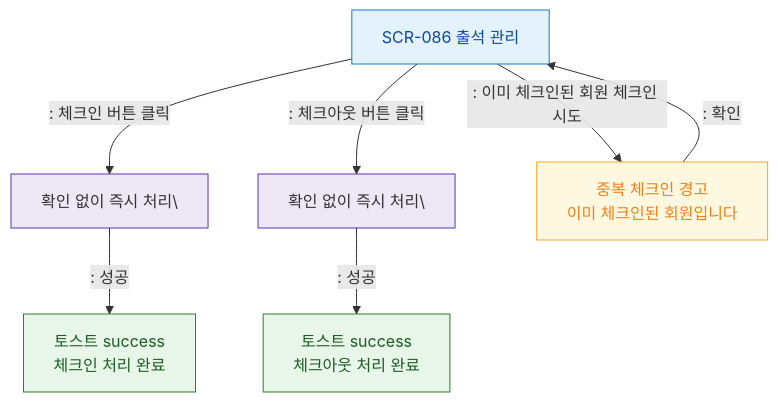
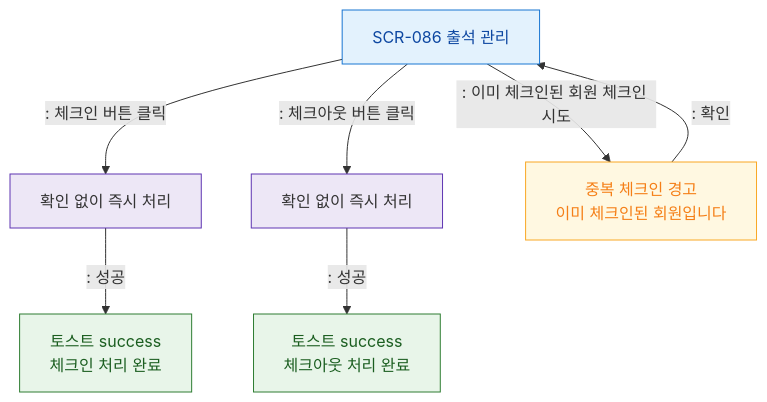
One commit to dev-spogym/admin-pando changed the diagram in docs/admin/다이어그램/D09_설정관리/SCR-086_출석관리_회원/F5_모달트리거.md. Above: the diagram before and after it, drawn with Mermaid. The commit also changed 369 other files, not shown here.

````diff
--- a/docs/admin/다이어그램/D09_설정관리/SCR-086_출석관리_회원/F5_모달트리거.md
+++ b/docs/admin/다이어그램/D09_설정관리/SCR-086_출석관리_회원/F5_모달트리거.md
@@ -12,22 +12,22 @@
 ```mermaid
 flowchart TD
     SCR086[SCR-086 출석 관리]
 
-    SCR086 -->|": 체크인 버튼 클릭"|DirectCheckin[확인 없이 즉시 처리\]
-    SCR086 -->|": 체크아웃 버튼 클릭"|DirectCheckout[확인 없이 즉시 처리\]
+    SCR086 -->|": 체크인 버튼 클릭"|DirectCheckin[확인 없이 즉시 처리]
+    SCR086 -->|": 체크아웃 버튼 클릭"|DirectCheckout[확인 없이 즉시 처리]
 
     DirectCheckin -->|": 성공"|T_CheckinOK[토스트 success\n체크인 처리 완료]
     DirectCheckout -->|": 성공"|T_CheckoutOK[토스트 success\n체크아웃 처리 완료]
 
     SCR086 -->|": 이미 체크인된 회원 체크인 시도"|DLG_Dup[중복 체크인 경고\n이미 체크인된 회원입니다]
     DLG_Dup -->|": 확인"|SCR086
 
     classDef screen fill:#E3F2FD,stroke:#1976D2,color:#0D47A1
     classDef success fill:#E8F5E9,stroke:#2E7D32,color:#1B5E20
     classDef warning fill:#FFF8E1,stroke:#F9A825,color:#F57F17
     classDef system fill:#EDE7F6,stroke:#5E35B2
     class SCR086 screen
     class T_CheckinOK,T_CheckoutOK success
     class DLG_Dup warning
     class DirectCheckin,DirectCheckout system
 ```
````
